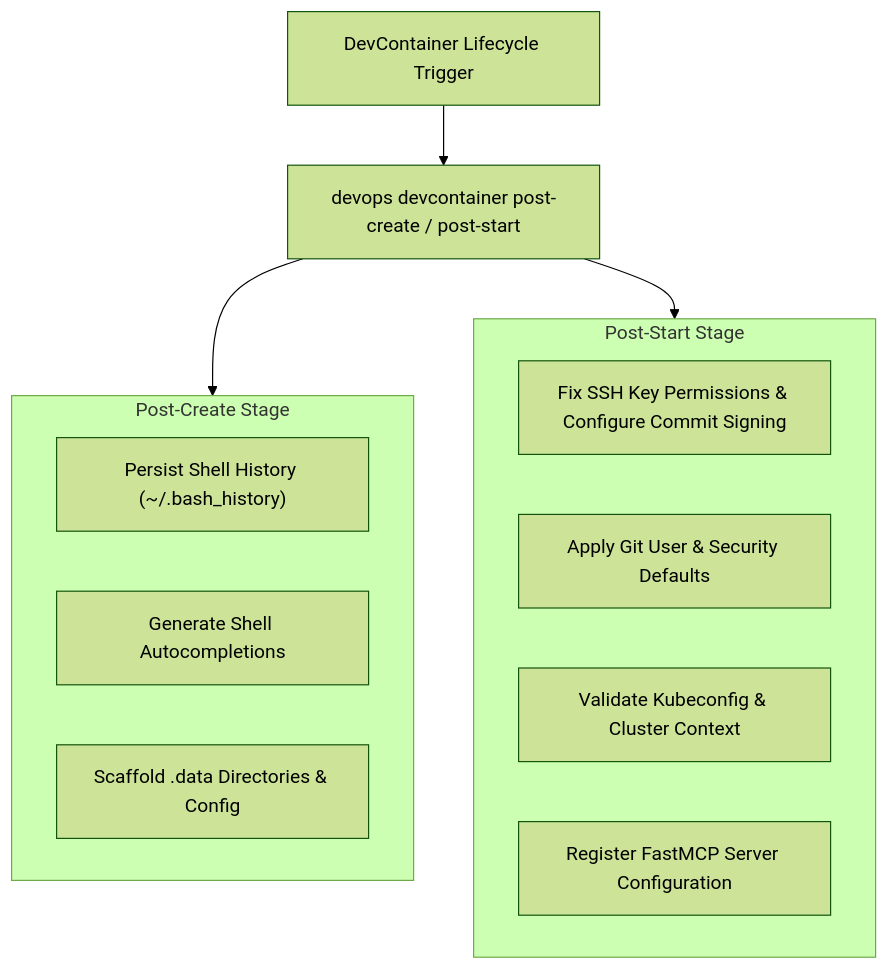
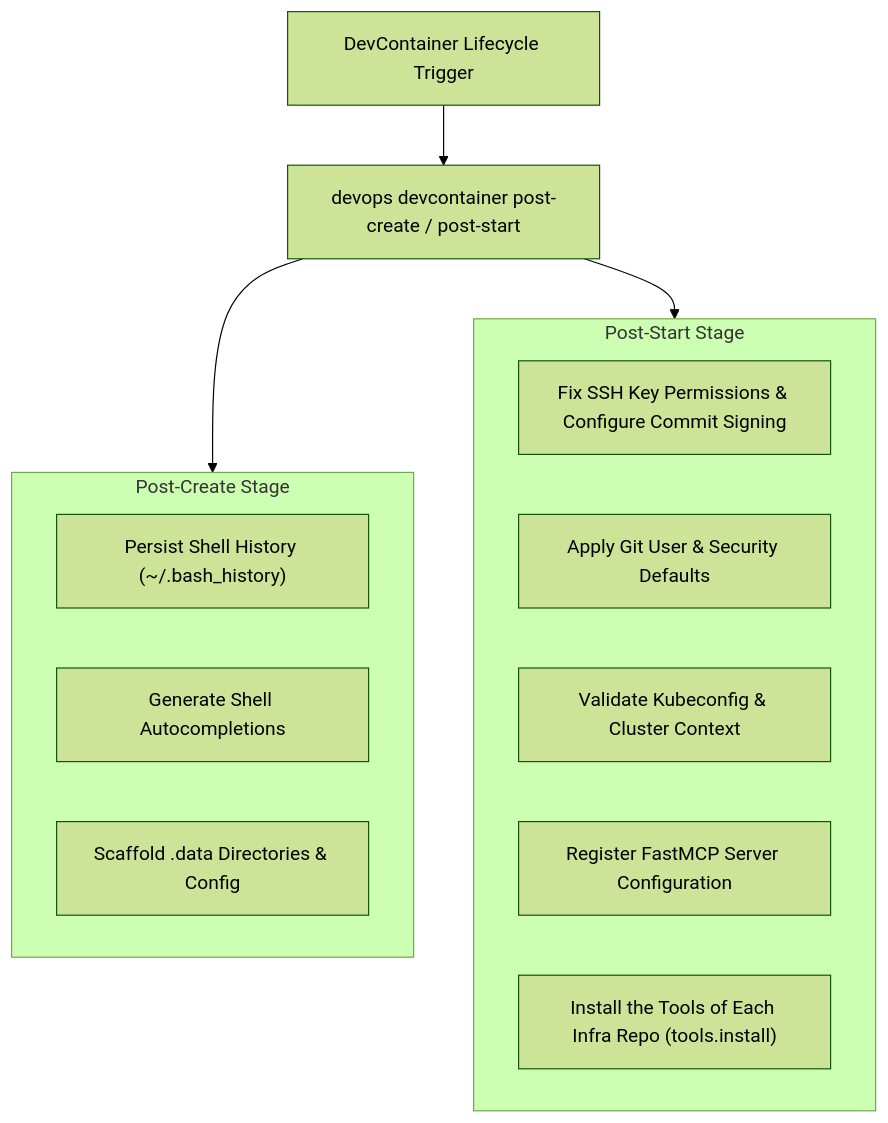
The fourth of 4 diagrams in ARCHITECTURE.md (dan-petty/devops-cli), drawn with Mermaid (forest theme) before and after one commit. The commit also changed 22 other files, not shown here.

Commit message:
feat(devcontainer): install the tools of each infra repo at start

````diff
--- a/ARCHITECTURE.md
+++ b/ARCHITECTURE.md
@@ -114,20 +114,21 @@
 ```mermaid
 flowchart TD
     DC_HOOK["DevContainer Lifecycle Trigger"] --> PY_ENGINE["devops devcontainer post-create / post-start"]
 
     subgraph PostCreateTasks["Post-Create Stage"]
         T1["Persist Shell History (~/.bash_history)"]
         T2["Generate Shell Autocompletions"]
         T3["Scaffold .data Directories & Config"]
     end
 
     subgraph PostStartTasks["Post-Start Stage"]
         T4["Fix SSH Key Permissions & Configure Commit Signing"]
         T5["Apply Git User & Security Defaults"]
         T6["Validate Kubeconfig & Cluster Context"]
         T7["Register FastMCP Server Configuration"]
+        T8["Install the Tools of Each Infra Repo (tools.install)"]
     end
 
     PY_ENGINE --> PostCreateTasks
     PY_ENGINE --> PostStartTasks
 ```
````
